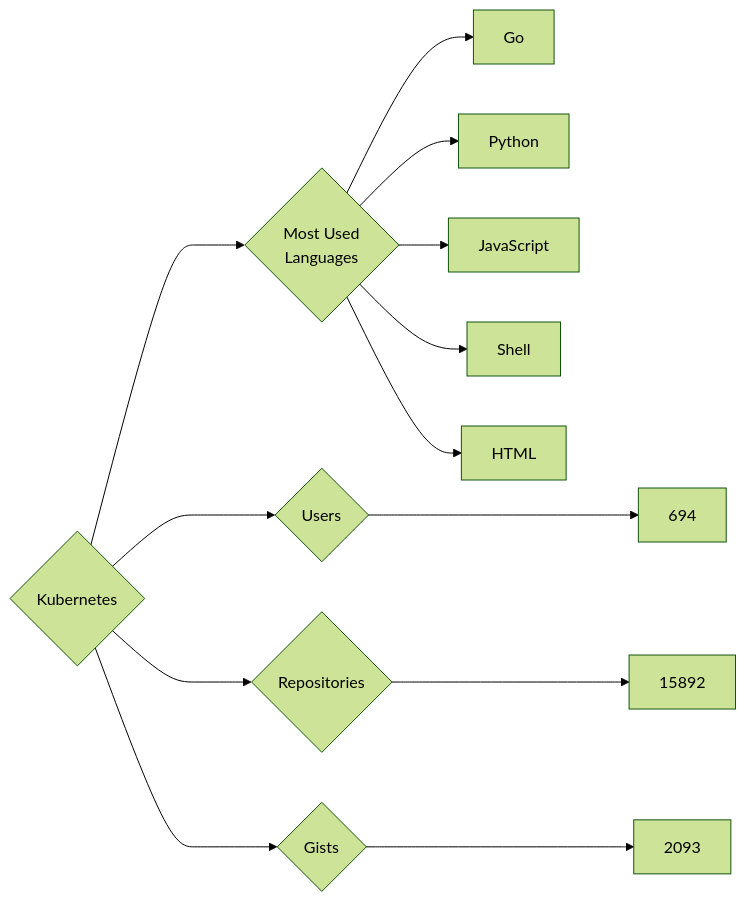
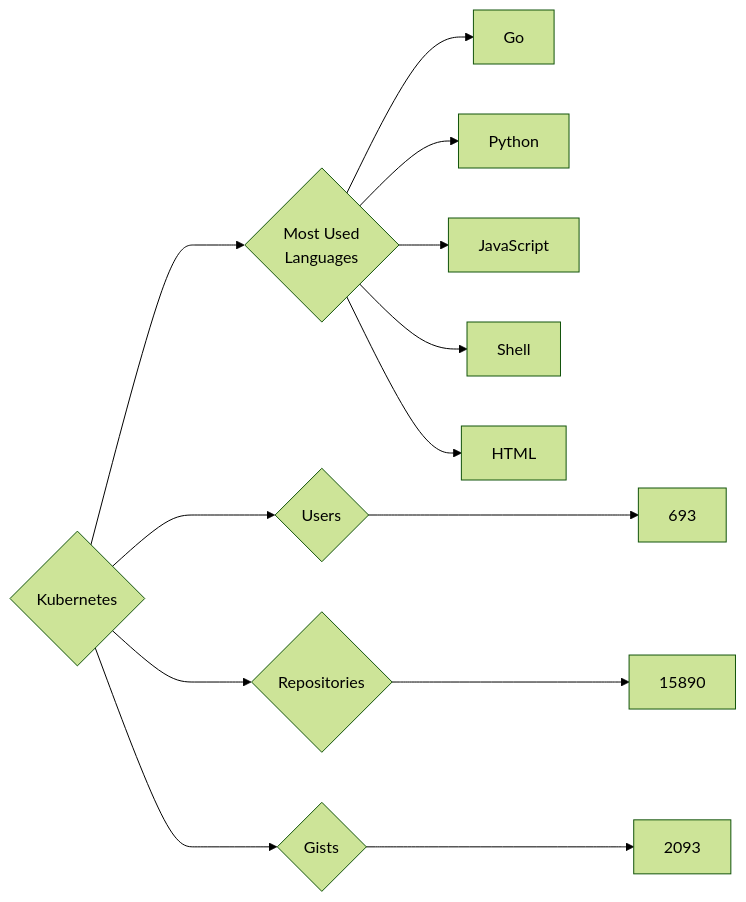
The diagram in targets/Kubernetes/README.md (trickest/insiders), drawn with Mermaid (forest theme) before and after one commit. The commit also changed 594 other files, not shown here.

````diff
--- a/targets/Kubernetes/README.md
+++ b/targets/Kubernetes/README.md
@@ -3,13 +3,13 @@
 ```mermaid
 graph LR
 COMPANY_NAME{Kubernetes}
-COMPANY_NAME ---> U{Users} ---> UN[694]
-COMPANY_NAME ---> R{Repositories} ---> RN[15892]
+COMPANY_NAME ---> U{Users} ---> UN[693]
+COMPANY_NAME ---> R{Repositories} ---> RN[15890]
 COMPANY_NAME ---> G{Gists} ---> GN[2093]
 COMPANY_NAME ---> ML{Most Used<br>Languages}
 ML --> Go[Go]
 ML --> Python[Python]
 ML --> JavaScript[JavaScript]
 ML --> Shell[Shell]
 ML --> HTML[HTML]
 ```
````
